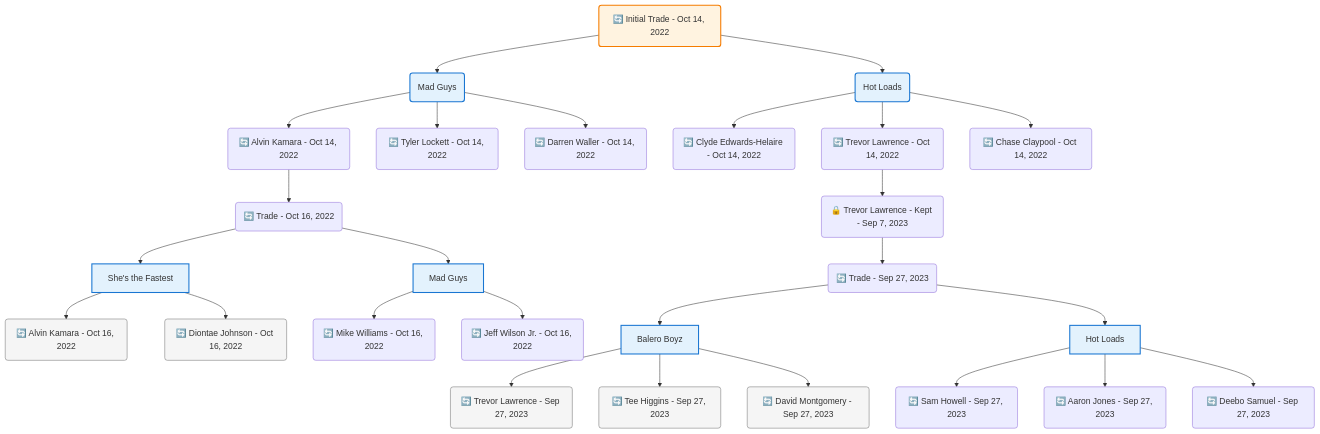
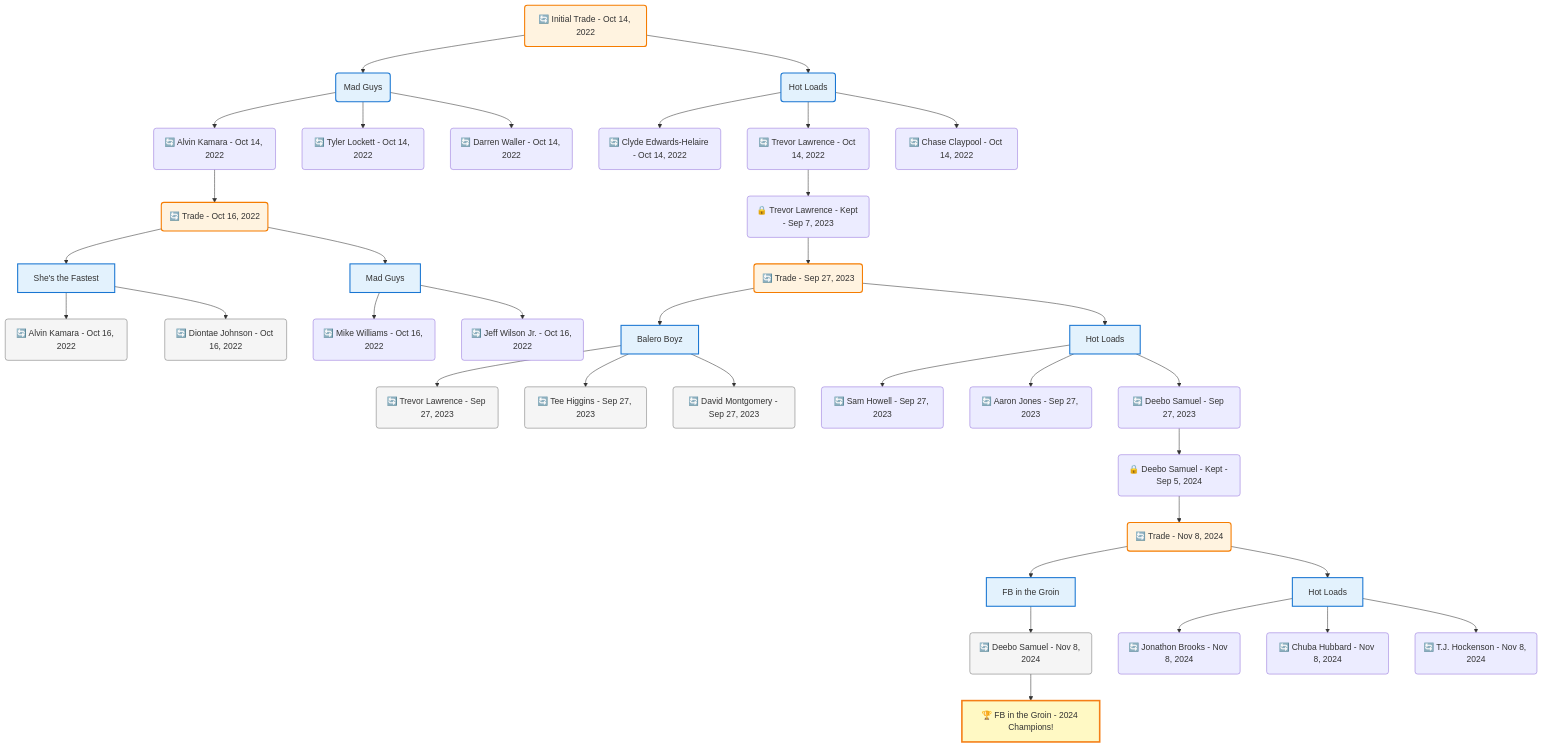
Before and after one commit to bsnooks/FantasyArchive: the diagram in frontend/public/data/trade-trees/mermaid/ca45edf9-fdb1-4ab9-b434-47d6301a225d.mmd, drawn with Mermaid. The commit also changed 181 other files, not shown here.

Commit message:
Trade tree UI nav fixes and expand subsequent trades from root teams.

```diff
--- a/frontend/public/data/trade-trees/mermaid/ca45edf9-fdb1-4ab9-b434-47d6301a225d.mmd
+++ b/frontend/public/data/trade-trees/mermaid/ca45edf9-fdb1-4ab9-b434-47d6301a225d.mmd
@@ -1,67 +1,86 @@
 flowchart TD
 
     TRADE_MAIN("🔄 Initial Trade - Oct 14, 2022")
     TEAM_1("Mad Guys")
     TEAM_2("Hot Loads")
     NODE_46c8a92c-2039-4a4a-bb93-40b3a29e8385("🔄 Alvin Kamara - Oct 14, 2022")
     TRADE_4f849ce1-9e28-4f10-9278-25b308e0f5ed_3("🔄 Trade - Oct 16, 2022")
     TEAM_4449259f-64af-44fd-9235-1facc0926234_4["She's the Fastest"]
     NODE_a35fc6aa-cac7-4845-97fe-ad25998078f3("🔄 Alvin Kamara - Oct 16, 2022")
     NODE_5905e44a-3520-4cfe-a440-b33d93d5302d("🔄 Diontae Johnson - Oct 16, 2022")
     TEAM_f5908944-6efd-40eb-af54-6c53004e0e2f_5["Mad Guys"]
     NODE_77a0fe2e-166e-456d-bfff-4cc29eb0c77c("🔄 Mike Williams - Oct 16, 2022")
     NODE_378e6466-0d48-4ac9-a253-bb5a5a5794b9("🔄 Jeff Wilson Jr. - Oct 16, 2022")
     NODE_193e99db-5c64-49ee-bebe-60e1b3864d9a("🔄 Tyler Lockett - Oct 14, 2022")
     NODE_368ce50b-e778-474e-b27e-72652b60fc74("🔄 Darren Waller - Oct 14, 2022")
     NODE_aefe1b8b-5516-4cf7-a424-7b216512ba17("🔄 Clyde Edwards-Helaire - Oct 14, 2022")
     NODE_6aeabf5a-f3d9-4940-81aa-8fd6383a4ff1("🔄 Trevor Lawrence - Oct 14, 2022")
     NODE_25edabeb-d608-4cf2-a8d9-4ac66238d4fb("🔒 Trevor Lawrence - Kept - Sep 7, 2023")
     TRADE_a87ca260-7a67-4fda-b702-48aca8c93813_6("🔄 Trade - Sep 27, 2023")
     TEAM_2feaf03e-fb22-498e-ac8f-e596b6ba7810_7["Balero Boyz"]
     NODE_a226803a-f683-470b-9e1b-2d3be487344a("🔄 Trevor Lawrence - Sep 27, 2023")
     NODE_d1321948-0010-45b8-9f9c-50ed5e494a00("🔄 Tee Higgins - Sep 27, 2023")
     NODE_c76d0f13-8bb8-4e7e-ad9e-8f2498ccd9f8("🔄 David Montgomery - Sep 27, 2023")
     TEAM_8e9f18ff-62c3-40e8-bb10-32f74cf4ee33_8["Hot Loads"]
     NODE_b53204e1-97f3-4b20-94c4-113c02694b27("🔄 Sam Howell - Sep 27, 2023")
     NODE_4a0dd846-1b74-448d-96e3-1362af9ea147("🔄 Aaron Jones - Sep 27, 2023")
     NODE_c8106337-9eec-4786-b963-273acb19ea43("🔄 Deebo Samuel - Sep 27, 2023")
+    NODE_bb66c11c-c38f-45f8-aafe-16c2666b2fb1("🔒 Deebo Samuel - Kept - Sep 5, 2024")
+    TRADE_cd4b66da-5ead-4972-a2db-15f8396d4b26_9("🔄 Trade - Nov 8, 2024")
+    TEAM_f483ecf1-cd17-4991-854b-e52dfc957b45_10["FB in the Groin"]
+    NODE_f2e1bb09-d8ba-407c-b875-729b1093b622("🔄 Deebo Samuel - Nov 8, 2024")
+    CHAMP_f483ecf1-cd17-4991-854b-e52dfc957b45_2024["🏆 FB in the Groin - 2024 Champions!"]
+    TEAM_8e9f18ff-62c3-40e8-bb10-32f74cf4ee33_11["Hot Loads"]
+    NODE_55efec5c-40f0-4eac-aa39-112ecf0d4fdd("🔄 Jonathon Brooks - Nov 8, 2024")
+    NODE_b6e6d0e1-32a1-4006-964b-12909aabe3dc("🔄 Chuba Hubbard - Nov 8, 2024")
+    NODE_cca3d8c5-6676-443a-a4fc-ec20ffebb111("🔄 T.J. Hockenson - Nov 8, 2024")
     NODE_56b25d30-c0b8-46e6-87c0-d1fdf89e5b7e("🔄 Chase Claypool - Oct 14, 2022")
 
     TRADE_MAIN --> TEAM_1
     TRADE_MAIN --> TEAM_2
     TEAM_1 --> NODE_46c8a92c-2039-4a4a-bb93-40b3a29e8385
     NODE_46c8a92c-2039-4a4a-bb93-40b3a29e8385 --> TRADE_4f849ce1-9e28-4f10-9278-25b308e0f5ed_3
     TRADE_4f849ce1-9e28-4f10-9278-25b308e0f5ed_3 --> TEAM_4449259f-64af-44fd-9235-1facc0926234_4
     TEAM_4449259f-64af-44fd-9235-1facc0926234_4 --> NODE_a35fc6aa-cac7-4845-97fe-ad25998078f3
     TEAM_4449259f-64af-44fd-9235-1facc0926234_4 --> NODE_5905e44a-3520-4cfe-a440-b33d93d5302d
     TRADE_4f849ce1-9e28-4f10-9278-25b308e0f5ed_3 --> TEAM_f5908944-6efd-40eb-af54-6c53004e0e2f_5
     TEAM_f5908944-6efd-40eb-af54-6c53004e0e2f_5 --> NODE_77a0fe2e-166e-456d-bfff-4cc29eb0c77c
     TEAM_f5908944-6efd-40eb-af54-6c53004e0e2f_5 --> NODE_378e6466-0d48-4ac9-a253-bb5a5a5794b9
     TEAM_1 --> NODE_193e99db-5c64-49ee-bebe-60e1b3864d9a
     TEAM_1 --> NODE_368ce50b-e778-474e-b27e-72652b60fc74
     TEAM_2 --> NODE_aefe1b8b-5516-4cf7-a424-7b216512ba17
     TEAM_2 --> NODE_6aeabf5a-f3d9-4940-81aa-8fd6383a4ff1
     NODE_6aeabf5a-f3d9-4940-81aa-8fd6383a4ff1 --> NODE_25edabeb-d608-4cf2-a8d9-4ac66238d4fb
     NODE_25edabeb-d608-4cf2-a8d9-4ac66238d4fb --> TRADE_a87ca260-7a67-4fda-b702-48aca8c93813_6
     TRADE_a87ca260-7a67-4fda-b702-48aca8c93813_6 --> TEAM_2feaf03e-fb22-498e-ac8f-e596b6ba7810_7
     TEAM_2feaf03e-fb22-498e-ac8f-e596b6ba7810_7 --> NODE_a226803a-f683-470b-9e1b-2d3be487344a
     TEAM_2feaf03e-fb22-498e-ac8f-e596b6ba7810_7 --> NODE_d1321948-0010-45b8-9f9c-50ed5e494a00
     TEAM_2feaf03e-fb22-498e-ac8f-e596b6ba7810_7 --> NODE_c76d0f13-8bb8-4e7e-ad9e-8f2498ccd9f8
     TRADE_a87ca260-7a67-4fda-b702-48aca8c93813_6 --> TEAM_8e9f18ff-62c3-40e8-bb10-32f74cf4ee33_8
     TEAM_8e9f18ff-62c3-40e8-bb10-32f74cf4ee33_8 --> NODE_b53204e1-97f3-4b20-94c4-113c02694b27
     TEAM_8e9f18ff-62c3-40e8-bb10-32f74cf4ee33_8 --> NODE_4a0dd846-1b74-448d-96e3-1362af9ea147
     TEAM_8e9f18ff-62c3-40e8-bb10-32f74cf4ee33_8 --> NODE_c8106337-9eec-4786-b963-273acb19ea43
+    NODE_c8106337-9eec-4786-b963-273acb19ea43 --> NODE_bb66c11c-c38f-45f8-aafe-16c2666b2fb1
+    NODE_bb66c11c-c38f-45f8-aafe-16c2666b2fb1 --> TRADE_cd4b66da-5ead-4972-a2db-15f8396d4b26_9
+    TRADE_cd4b66da-5ead-4972-a2db-15f8396d4b26_9 --> TEAM_f483ecf1-cd17-4991-854b-e52dfc957b45_10
+    TEAM_f483ecf1-cd17-4991-854b-e52dfc957b45_10 --> NODE_f2e1bb09-d8ba-407c-b875-729b1093b622
+    NODE_f2e1bb09-d8ba-407c-b875-729b1093b622 --> CHAMP_f483ecf1-cd17-4991-854b-e52dfc957b45_2024
+    TRADE_cd4b66da-5ead-4972-a2db-15f8396d4b26_9 --> TEAM_8e9f18ff-62c3-40e8-bb10-32f74cf4ee33_11
+    TEAM_8e9f18ff-62c3-40e8-bb10-32f74cf4ee33_11 --> NODE_55efec5c-40f0-4eac-aa39-112ecf0d4fdd
+    TEAM_8e9f18ff-62c3-40e8-bb10-32f74cf4ee33_11 --> NODE_b6e6d0e1-32a1-4006-964b-12909aabe3dc
+    TEAM_8e9f18ff-62c3-40e8-bb10-32f74cf4ee33_11 --> NODE_cca3d8c5-6676-443a-a4fc-ec20ffebb111
     TEAM_2 --> NODE_56b25d30-c0b8-46e6-87c0-d1fdf89e5b7e
 
     %% Node styling
     classDef teamNode fill:#e3f2fd,stroke:#1976d2,stroke-width:2px
     classDef tradeNode fill:#fff3e0,stroke:#f57c00,stroke-width:2px
     classDef playerNode fill:#f3e5f5,stroke:#7b1fa2,stroke-width:1px
     classDef nonRootPlayerNode fill:#f5f5f5,stroke:#757575,stroke-width:1px
     classDef endNode fill:#ffebee,stroke:#c62828,stroke-width:2px
     classDef waiverNode fill:#e8f5e8,stroke:#388e3c,stroke-width:2px
     classDef championshipNode fill:#fff9c4,stroke:#f57f17,stroke-width:3px
 
-    class TEAM_1,TEAM_2,TEAM_4449259f-64af-44fd-9235-1facc0926234_4,TEAM_f5908944-6efd-40eb-af54-6c53004e0e2f_5,TEAM_2feaf03e-fb22-498e-ac8f-e596b6ba7810_7,TEAM_8e9f18ff-62c3-40e8-bb10-32f74cf4ee33_8 teamNode
-    class NODE_a35fc6aa-cac7-4845-97fe-ad25998078f3,NODE_5905e44a-3520-4cfe-a440-b33d93d5302d,NODE_a226803a-f683-470b-9e1b-2d3be487344a,NODE_d1321948-0010-45b8-9f9c-50ed5e494a00,NODE_c76d0f13-8bb8-4e7e-ad9e-8f2498ccd9f8 nonRootPlayerNode
-    class TRADE_MAIN tradeNode
+    class TEAM_1,TEAM_2,TEAM_4449259f-64af-44fd-9235-1facc0926234_4,TEAM_f5908944-6efd-40eb-af54-6c53004e0e2f_5,TEAM_2feaf03e-fb22-498e-ac8f-e596b6ba7810_7,TEAM_8e9f18ff-62c3-40e8-bb10-32f74cf4ee33_8,TEAM_f483ecf1-cd17-4991-854b-e52dfc957b45_10,TEAM_8e9f18ff-62c3-40e8-bb10-32f74cf4ee33_11 teamNode
+    class CHAMP_f483ecf1-cd17-4991-854b-e52dfc957b45_2024 championshipNode
+    class NODE_a35fc6aa-cac7-4845-97fe-ad25998078f3,NODE_5905e44a-3520-4cfe-a440-b33d93d5302d,NODE_a226803a-f683-470b-9e1b-2d3be487344a,NODE_d1321948-0010-45b8-9f9c-50ed5e494a00,NODE_c76d0f13-8bb8-4e7e-ad9e-8f2498ccd9f8,NODE_f2e1bb09-d8ba-407c-b875-729b1093b622 nonRootPlayerNode
+    class TRADE_MAIN,TRADE_4f849ce1-9e28-4f10-9278-25b308e0f5ed_3,TRADE_a87ca260-7a67-4fda-b702-48aca8c93813_6,TRADE_cd4b66da-5ead-4972-a2db-15f8396d4b26_9 tradeNode
```
